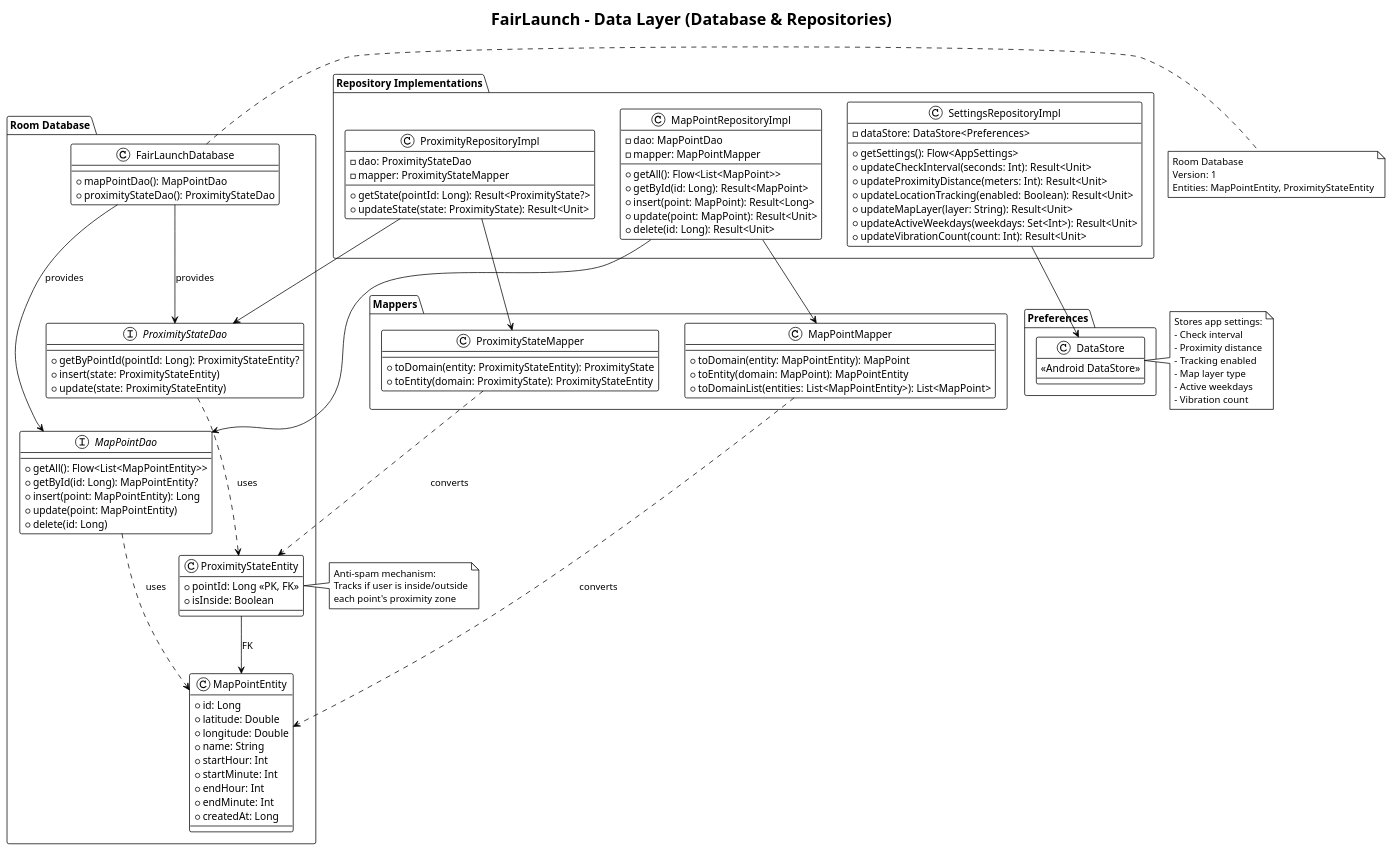
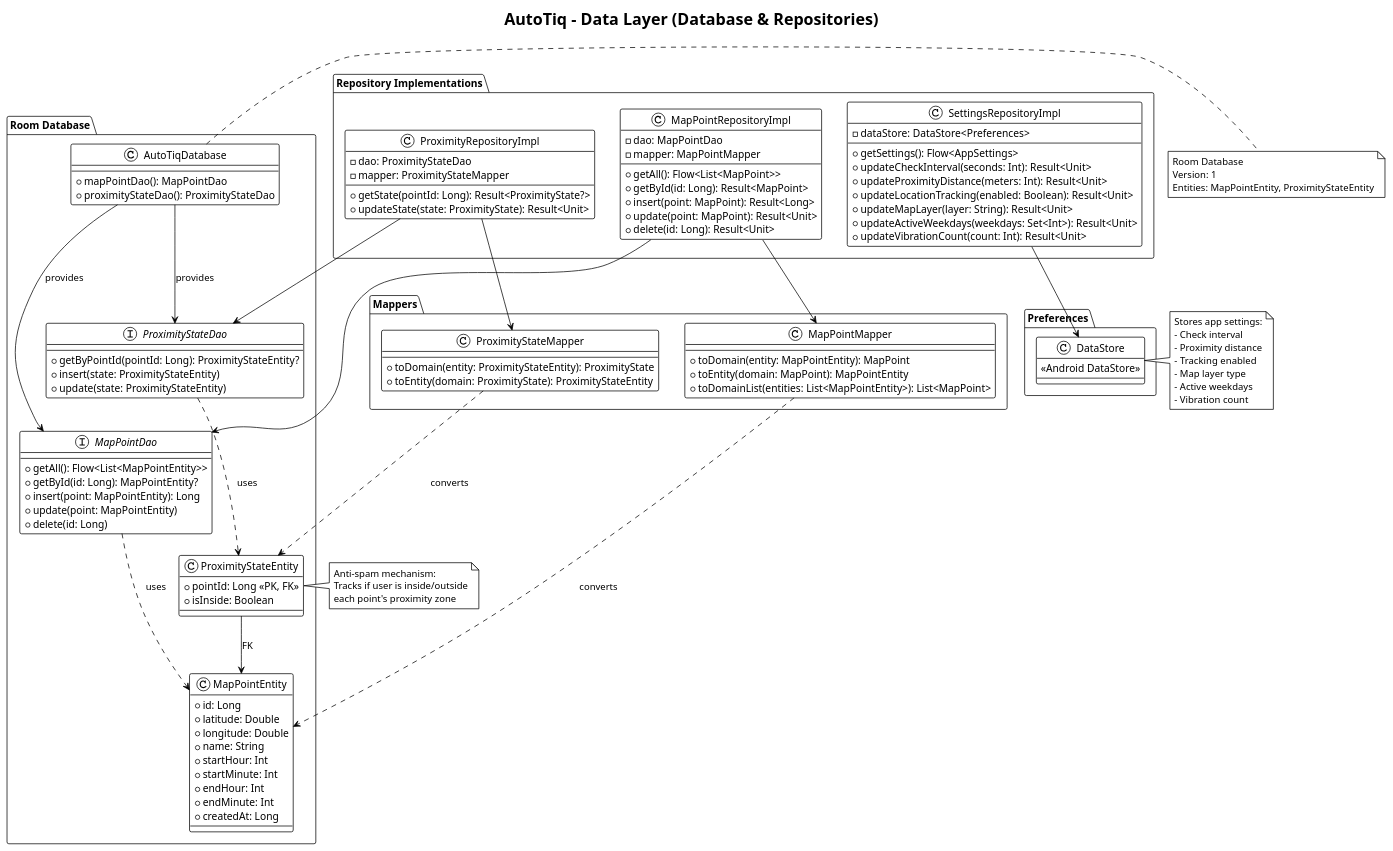
The diagram in docs/data-layer.puml (harzoglups/FairLaunch), drawn with PlantUML before and after one commit. The commit also changed 123 other files, not shown here.

First line of the commit message:
refactor: rename app from FairLaunch to AutoTiq with package com.cussou.autotiq

```diff
--- a/docs/data-layer.puml
+++ b/docs/data-layer.puml
@@ -1,136 +1,136 @@
-@startuml FairLaunch-Data-Layer
+@startuml AutoTiq-Data-Layer
 !theme plain
 skinparam backgroundColor #FFFFFF
 
-title FairLaunch - Data Layer (Database & Repositories)
+title AutoTiq - Data Layer (Database & Repositories)
 
 package "Repository Implementations" {
   class MapPointRepositoryImpl {
     - dao: MapPointDao
     - mapper: MapPointMapper
     + getAll(): Flow<List<MapPoint>>
     + getById(id: Long): Result<MapPoint>
     + insert(point: MapPoint): Result<Long>
     + update(point: MapPoint): Result<Unit>
     + delete(id: Long): Result<Unit>
   }
   
   class ProximityRepositoryImpl {
     - dao: ProximityStateDao
     - mapper: ProximityStateMapper
     + getState(pointId: Long): Result<ProximityState?>
     + updateState(state: ProximityState): Result<Unit>
   }
   
   class SettingsRepositoryImpl {
     - dataStore: DataStore<Preferences>
     + getSettings(): Flow<AppSettings>
     + updateCheckInterval(seconds: Int): Result<Unit>
     + updateProximityDistance(meters: Int): Result<Unit>
     + updateLocationTracking(enabled: Boolean): Result<Unit>
     + updateMapLayer(layer: String): Result<Unit>
     + updateActiveWeekdays(weekdays: Set<Int>): Result<Unit>
     + updateVibrationCount(count: Int): Result<Unit>
   }
 }
 
 package "Room Database" {
-  class FairLaunchDatabase {
+  class AutoTiqDatabase {
     + mapPointDao(): MapPointDao
     + proximityStateDao(): ProximityStateDao
   }
   
   interface MapPointDao {
     + getAll(): Flow<List<MapPointEntity>>
     + getById(id: Long): MapPointEntity?
     + insert(point: MapPointEntity): Long
     + update(point: MapPointEntity)
     + delete(id: Long)
   }
   
   interface ProximityStateDao {
     + getByPointId(pointId: Long): ProximityStateEntity?
     + insert(state: ProximityStateEntity)
     + update(state: ProximityStateEntity)
   }
   
   class MapPointEntity {
     + id: Long
     + latitude: Double
     + longitude: Double
     + name: String
     + startHour: Int
     + startMinute: Int
     + endHour: Int
     + endMinute: Int
     + createdAt: Long
   }
   
   class ProximityStateEntity {
     + pointId: Long <<PK, FK>>
     + isInside: Boolean
   }
 }
 
 package "Mappers" {
   class MapPointMapper {
     + toDomain(entity: MapPointEntity): MapPoint
     + toEntity(domain: MapPoint): MapPointEntity
     + toDomainList(entities: List<MapPointEntity>): List<MapPoint>
   }
   
   class ProximityStateMapper {
     + toDomain(entity: ProximityStateEntity): ProximityState
     + toEntity(domain: ProximityState): ProximityStateEntity
   }
 }
 
 package "Preferences" {
   class DataStore {
     <<Android DataStore>>
   }
 }
 
 ' Relationships
 MapPointRepositoryImpl --> MapPointDao
 MapPointRepositoryImpl --> MapPointMapper
 
 ProximityRepositoryImpl --> ProximityStateDao
 ProximityRepositoryImpl --> ProximityStateMapper
 
 SettingsRepositoryImpl --> DataStore
 
-FairLaunchDatabase --> MapPointDao : provides
-FairLaunchDatabase --> ProximityStateDao : provides
+AutoTiqDatabase --> MapPointDao : provides
+AutoTiqDatabase --> ProximityStateDao : provides
 
 MapPointDao ..> MapPointEntity : uses
 ProximityStateDao ..> ProximityStateEntity : uses
 
 MapPointMapper ..> MapPointEntity : converts
 ProximityStateMapper ..> ProximityStateEntity : converts
 
 ProximityStateEntity --> MapPointEntity : FK
 
-note right of FairLaunchDatabase
+note right of AutoTiqDatabase
   Room Database
   Version: 1
   Entities: MapPointEntity, ProximityStateEntity
 end note
 
 note right of DataStore
   Stores app settings:
   - Check interval
   - Proximity distance
   - Tracking enabled
   - Map layer type
   - Active weekdays
   - Vibration count
 end note
 
 note right of ProximityStateEntity
   Anti-spam mechanism:
   Tracks if user is inside/outside
   each point's proximity zone
 end note
 
 @enduml
```
